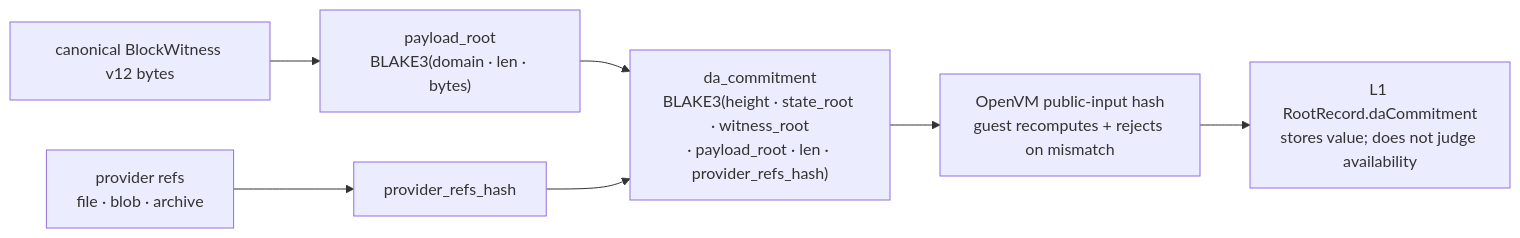
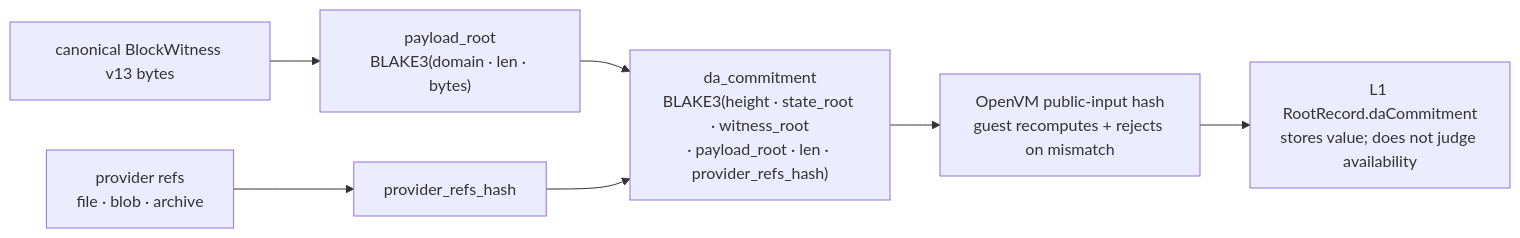
One commit to MetaB0y/sybil changed the diagram in docs/architecture/04-verification/Data Availability.md. Above: the diagram before and after it, drawn with Mermaid. The commit also changed other lines of this file and 69 other files, not shown here.

````diff
--- a/docs/architecture/04-verification/Data Availability.md
+++ b/docs/architecture/04-verification/Data Availability.md
@@ -79,9 +79,9 @@
 ```mermaid
 flowchart LR
-    WIT["canonical BlockWitness v12 bytes"] --> PR["payload_root<br/>BLAKE3(domain · len · bytes)"]
+    WIT["canonical BlockWitness v13 bytes"] --> PR["payload_root<br/>BLAKE3(domain · len · bytes)"]
     REFS["provider refs<br/>file · blob · archive"] --> PRH["provider_refs_hash"]
     PR --> DAC["da_commitment<br/>BLAKE3(height · state_root · witness_root<br/>· payload_root · len · provider_refs_hash)"]
     PRH --> DAC
     DAC --> PIH["OpenVM public-input hash<br/>guest recomputes + rejects on mismatch"]
     PIH --> L1["L1 RootRecord.daCommitment<br/>stores value; does not judge availability"]
 ```
````
